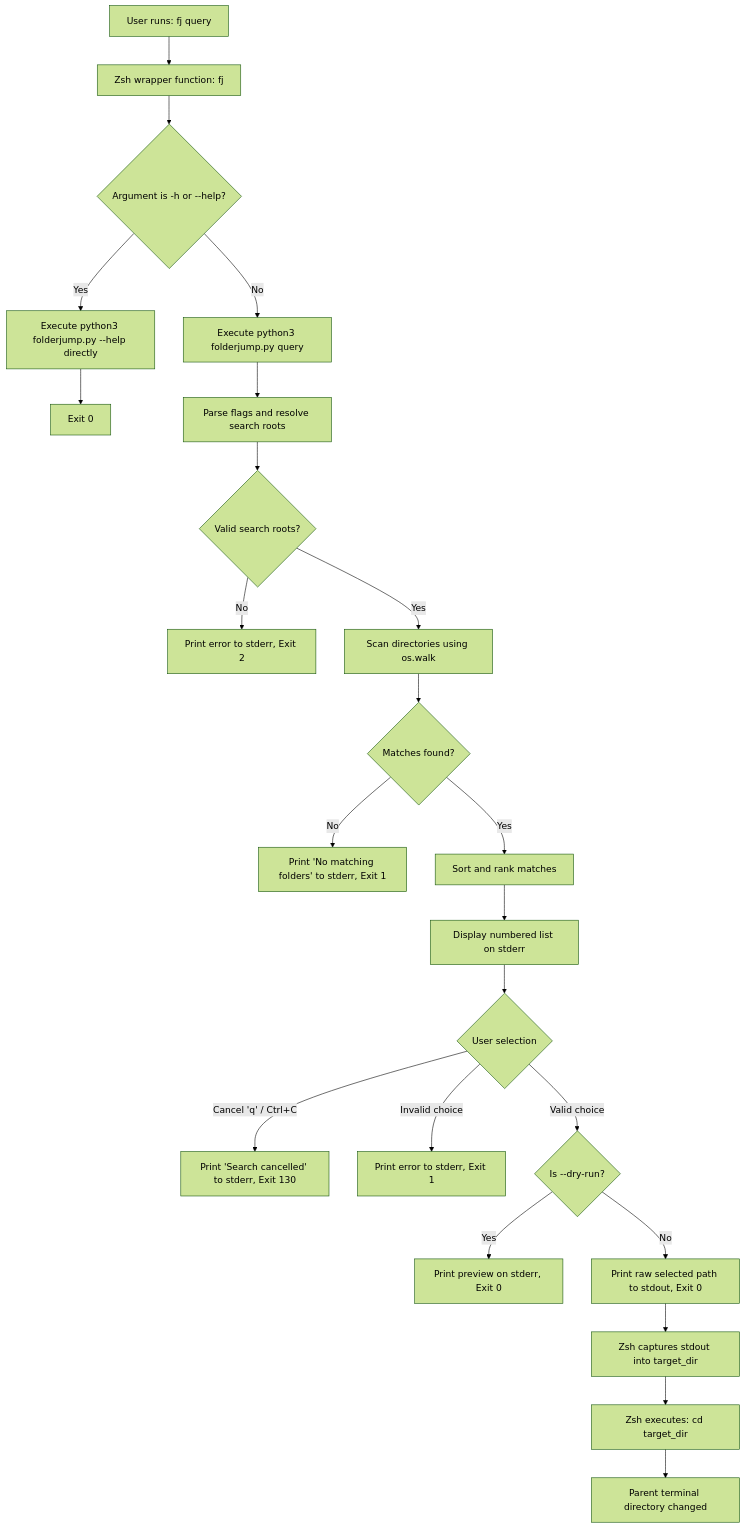
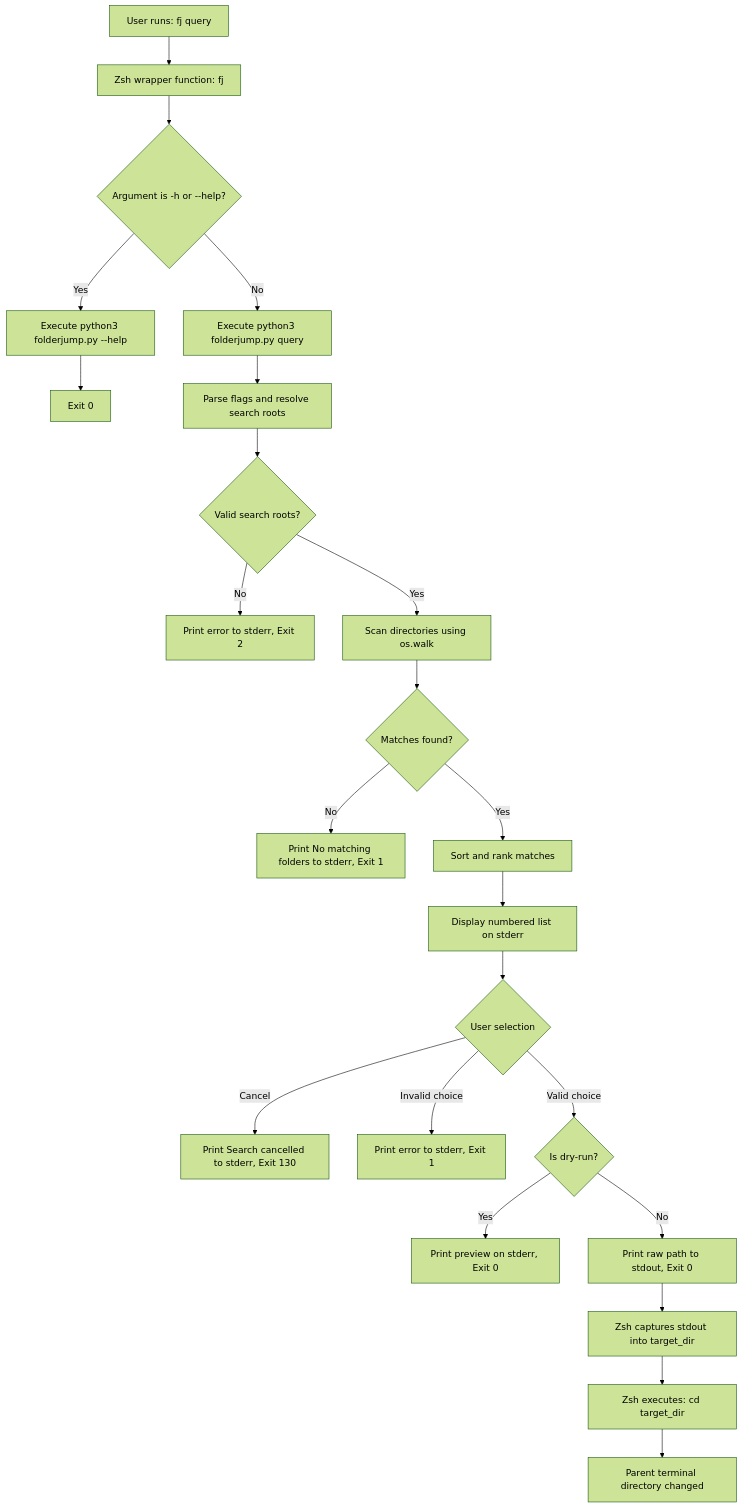
Before and after one commit to Rohan7101/FolderJump: the first of 2 diagrams in README.md, drawn with Mermaid (forest theme). The commit also changed other lines of this file, not shown here.

````diff
--- a/README.md
+++ b/README.md
@@ -213,25 +213,25 @@
 ```mermaid
 flowchart TD
-    A[User runs: fj query] --> B[Zsh wrapper function: fj]
-    B --> C{Argument is -h or --help?}
-    C -->|Yes| D[Execute python3 folderjump.py --help directly]
-    D --> E[Exit 0]
-    C -->|No| F[Execute python3 folderjump.py query]
-    F --> G[Parse flags and resolve search roots]
-    G --> H{Valid search roots?}
-    H -->|No| I[Print error to stderr, Exit 2]
-    H -->|Yes| J[Scan directories using os.walk]
-    J --> K{Matches found?}
-    K -->|No| L[Print 'No matching folders' to stderr, Exit 1]
-    K -->|Yes| M[Sort and rank matches]
-    M --> N[Display numbered list on stderr]
-    N --> O{User selection}
-    O -->|Cancel 'q' / Ctrl+C| P[Print 'Search cancelled' to stderr, Exit 130]
-    O -->|Invalid choice| Q[Print error to stderr, Exit 1]
-    O -->|Valid choice| R{Is --dry-run?}
-    R -->|Yes| S[Print preview on stderr, Exit 0]
-    R -->|No| T[Print raw selected path to stdout, Exit 0]
-    T --> U[Zsh captures stdout into target_dir]
-    U --> V[Zsh executes: cd target_dir]
-    V --> W[Parent terminal directory changed]
+    A["User runs: fj query"] --> B["Zsh wrapper function: fj"]
+    B --> C{"Argument is -h or --help?"}
+    C -->|Yes| D["Execute python3 folderjump.py --help"]
+    D --> E["Exit 0"]
+    C -->|No| F["Execute python3 folderjump.py query"]
+    F --> G["Parse flags and resolve search roots"]
+    G --> H{"Valid search roots?"}
+    H -->|No| I["Print error to stderr, Exit 2"]
+    H -->|Yes| J["Scan directories using os.walk"]
+    J --> K{"Matches found?"}
+    K -->|No| L["Print No matching folders to stderr, Exit 1"]
+    K -->|Yes| M["Sort and rank matches"]
+    M --> N["Display numbered list on stderr"]
+    N --> O{"User selection"}
+    O -->|Cancel| P["Print Search cancelled to stderr, Exit 130"]
+    O -->|Invalid choice| Q["Print error to stderr, Exit 1"]
+    O -->|Valid choice| R{"Is dry-run?"}
+    R -->|Yes| S["Print preview on stderr, Exit 0"]
+    R -->|No| T["Print raw path to stdout, Exit 0"]
+    T --> U["Zsh captures stdout into target_dir"]
+    U --> V["Zsh executes: cd target_dir"]
+    V --> W["Parent terminal directory changed"]
 ```
````
